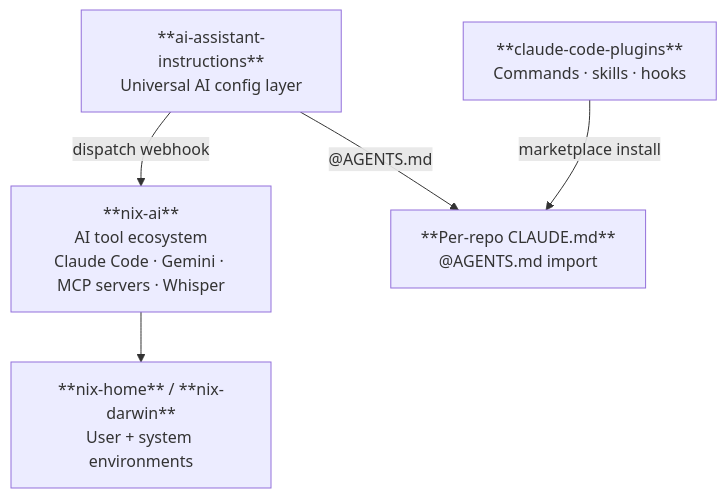
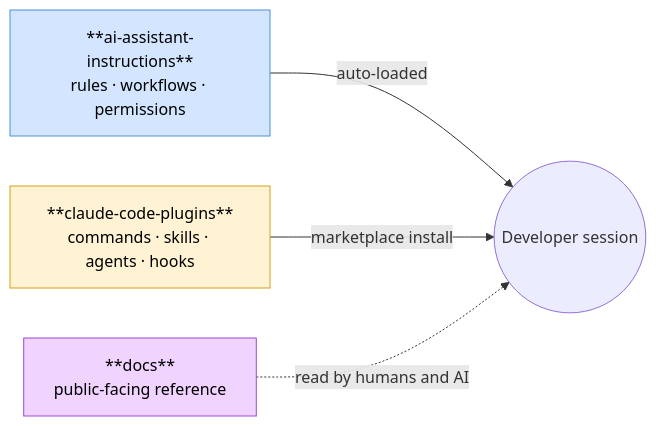
One commit to dryvist/ai-assistant-instructions changed the diagram in README.md. Above: the diagram before and after it, drawn with Mermaid. The commit also changed other lines of this file and 3 other files, not shown here.

````diff
--- a/README.md
+++ b/README.md
@@ -28,15 +31,15 @@
 ```mermaid
-graph TD
-    AAI["**ai-assistant-instructions**\nUniversal AI config layer"]
+graph LR
+    Rules["**ai-assistant-instructions**<br/>rules · workflows · permissions"]
+    Plugins["**claude-code-plugins**<br/>commands · skills · agents · hooks"]
+    Docs["**docs**<br/>public-facing reference"]
+    Session(("Developer session"))
 
-    NixAI["**nix-ai**\nAI tool ecosystem\nClaude Code · Gemini · MCP servers · Whisper"]
-    NixHome["**nix-home** / **nix-darwin**\nUser + system environments"]
+    Rules -->|"auto-loaded"| Session
+    Plugins -->|"marketplace install"| Session
+    Docs -.->|"read by humans and AI"| Session
 
-    Plugins["**claude-code-plugins**\nCommands · skills · hooks"]
-    PerRepo["**Per-repo CLAUDE.md**\n@AGENTS.md import"]
-
-    AAI -->|"dispatch webhook"| NixAI
-    AAI -->|"@AGENTS.md"| PerRepo
-    Plugins -->|"marketplace install"| PerRepo
-    NixAI --> NixHome
+    style Rules fill:#d4e6ff,stroke:#4a90d9,color:#000
+    style Plugins fill:#fff3d4,stroke:#d4a017,color:#000
+    style Docs fill:#f0d4ff,stroke:#9b4ad9,color:#000
 ```
````
